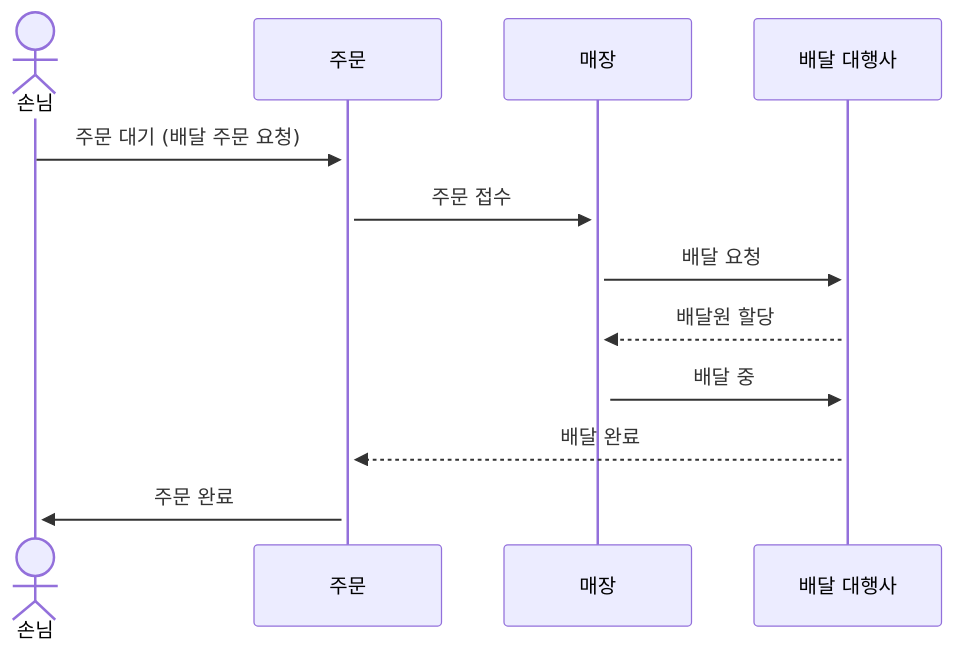
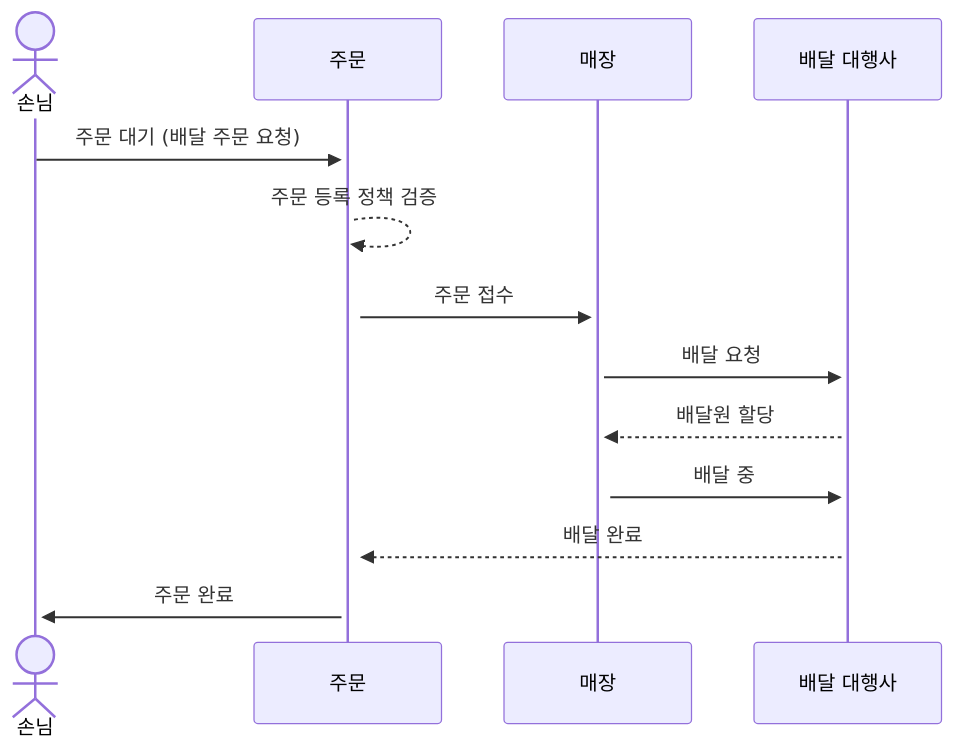
Before and after one commit to next-step/ddd-strategic-design: the fourth of 6 diagrams in README.md, drawn with Mermaid. The commit also changed other lines of this file, not shown here.

Commit message:
docs: 주문 유형별 다이어그램 정책 추가

````diff
--- a/README.md
+++ b/README.md
@@ -347,16 +347,17 @@
 ```mermaid
 %% Sequence Diagram: 배달 주문 프로세스
 sequenceDiagram
     actor 손님
     participant 주문
     participant 매장
     participant 배달 대행사
 
     손님->>+주문: 주문 대기 (배달 주문 요청)
+    주문-->>+주문: 주문 등록 정책 검증
     주문->>+매장: 주문 접수
     매장->>+배달 대행사: 배달 요청
     배달 대행사-->>+매장: 배달원 할당
     매장->>+배달 대행사: 배달 중
     배달 대행사-->>+주문: 배달 완료
     주문->>+손님: 주문 완료
 ```
````
